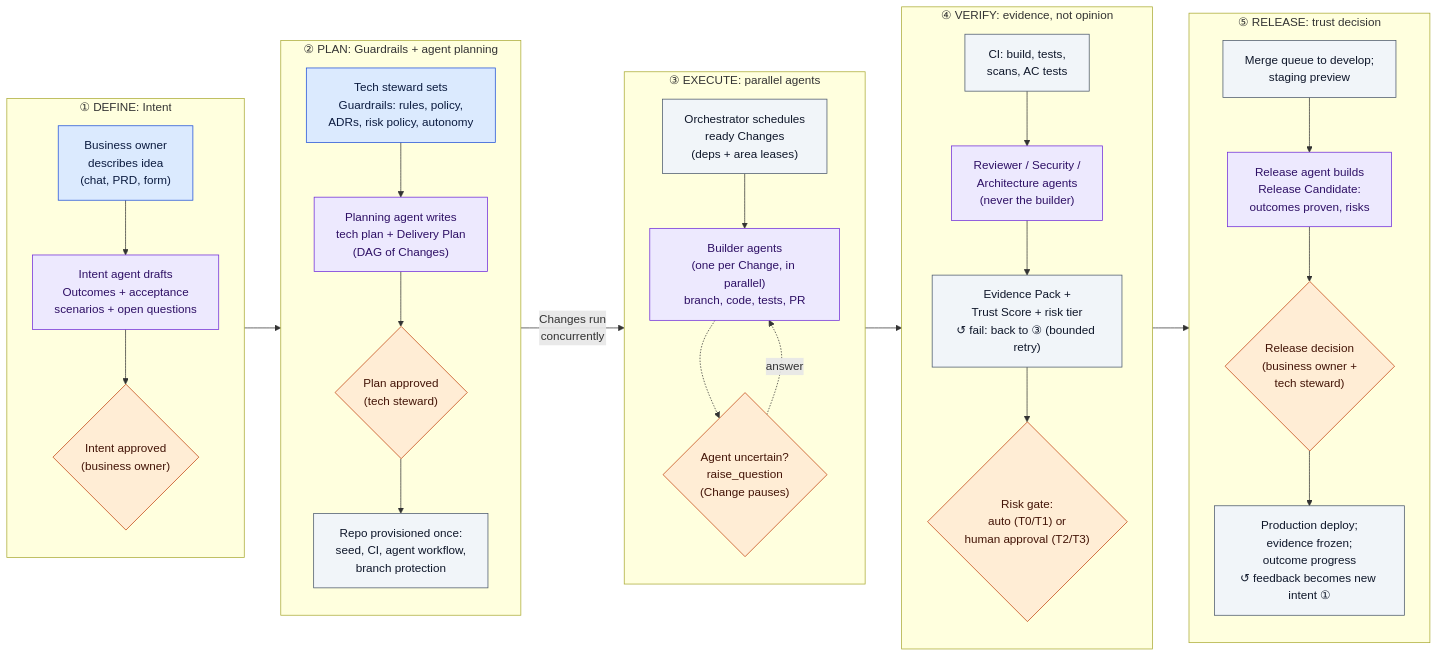
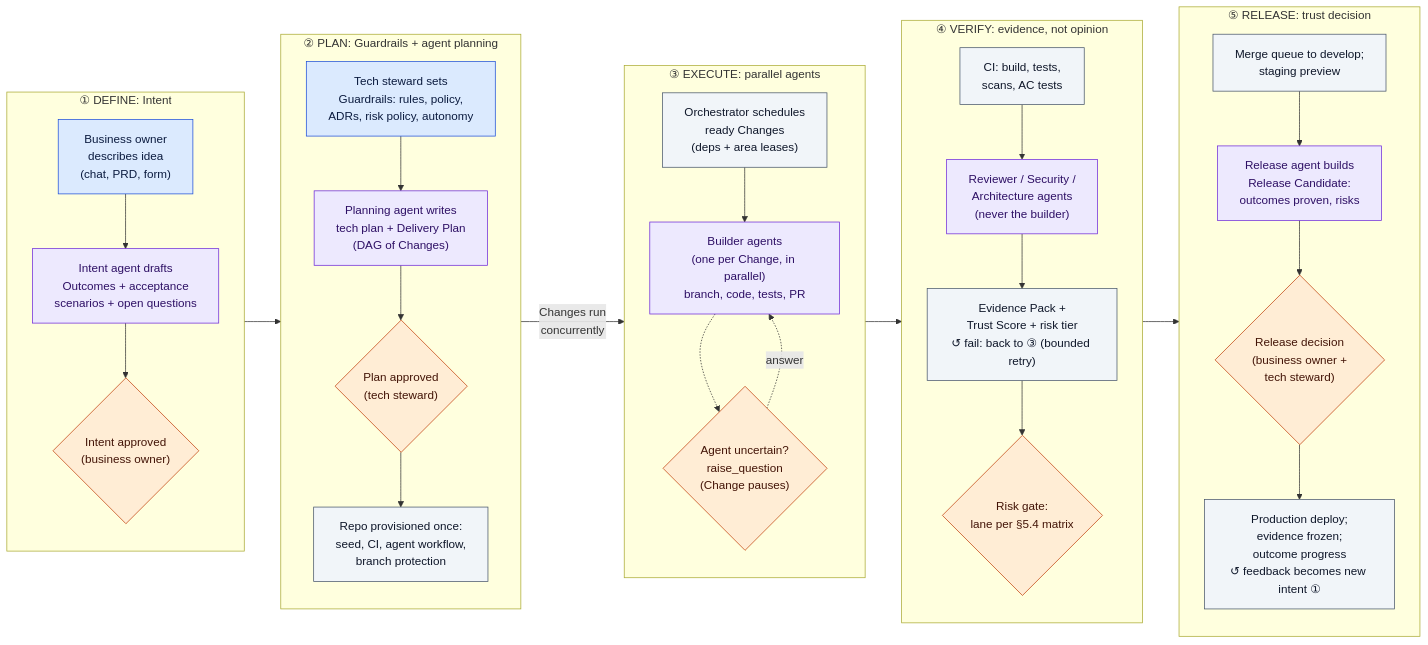
One commit to PromptConnext/PromptWorkspace changed the third of 6 diagrams in docs/plans/0029-agent-native-delivery.md. Above: the diagram before and after it, drawn with Mermaid. The commit also changed other lines of this file, not shown here.

Commit message:
docs(plans): align plan 0029 policy, RACI, MVP and M5 with the §5.4 lane matrix

````diff
--- a/docs/plans/0029-agent-native-delivery.md
+++ b/docs/plans/0029-agent-native-delivery.md
@@ -240,57 +240,57 @@
 ```mermaid
 flowchart LR
   classDef human fill:#dbeafe,stroke:#1d4ed8,color:#0b1b3f
   classDef ai fill:#ede9fe,stroke:#6d28d9,color:#2e1065
   classDef platform fill:#f1f5f9,stroke:#475569,color:#0f172a
   classDef gate fill:#ffedd5,stroke:#c2410c,color:#431407
 
   subgraph D["① DEFINE: Intent"]
     direction TB
     A1["Business owner<br/>describes idea<br/>(chat, PRD, form)"]:::human
     A2["Intent agent drafts<br/>Outcomes + acceptance<br/>scenarios + open questions"]:::ai
     A3{"Intent approved<br/>(business owner)"}:::gate
     A1 --> A2 --> A3
   end
 
   subgraph P["② PLAN: Guardrails + agent planning"]
     direction TB
     B1["Tech steward sets<br/>Guardrails: rules, policy,<br/>ADRs, risk policy, autonomy"]:::human
     B2["Planning agent writes<br/>tech plan + Delivery Plan<br/>(DAG of Changes)"]:::ai
     B3{"Plan approved<br/>(tech steward)"}:::gate
     B4["Repo provisioned once:<br/>seed, CI, agent workflow,<br/>branch protection"]:::platform
     B1 --> B2 --> B3 --> B4
   end
 
   subgraph E["③ EXECUTE: parallel agents"]
     direction TB
     C1["Orchestrator schedules<br/>ready Changes<br/>(deps + area leases)"]:::platform
     C2["Builder agents<br/>(one per Change, in parallel)<br/>branch, code, tests, PR"]:::ai
     C3{"Agent uncertain?<br/>raise_question<br/>(Change pauses)"}:::gate
     C1 --> C2
     C2 -.-> C3
     C3 -.->|answer| C2
   end
 
   subgraph V["④ VERIFY: evidence, not opinion"]
     direction TB
     V1["CI: build, tests,<br/>scans, AC tests"]:::platform
     V2["Reviewer / Security /<br/>Architecture agents<br/>(never the builder)"]:::ai
     V3["Evidence Pack +<br/>Trust Score + risk tier<br/>↺ fail: back to ③ (bounded retry)"]:::platform
-    V4{"Risk gate:<br/>auto (T0/T1) or<br/>human approval (T2/T3)"}:::gate
+    V4{"Risk gate:<br/>lane per §5.4 matrix"}:::gate
     V1 --> V2 --> V3 --> V4
   end
 
   subgraph R["⑤ RELEASE: trust decision"]
     direction TB
     R1["Merge queue to develop;<br/>staging preview"]:::platform
     R2["Release agent builds<br/>Release Candidate:<br/>outcomes proven, risks"]:::ai
     R3{"Release decision<br/>(business owner +<br/>tech steward)"}:::gate
     R4["Production deploy;<br/>evidence frozen;<br/>outcome progress<br/>↺ feedback becomes new intent ①"]:::platform
     R1 --> R2 --> R3 --> R4
   end
 
   D --> P
   P -->|"Changes run<br/>concurrently"| E
   E --> V
   V --> R
 ```
````
